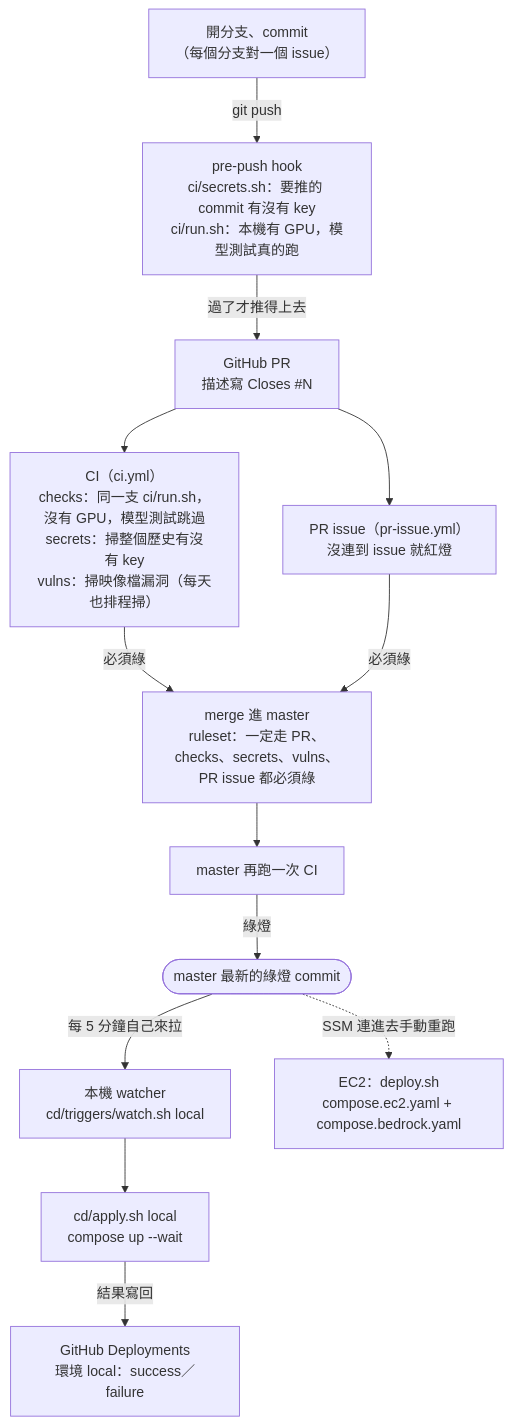
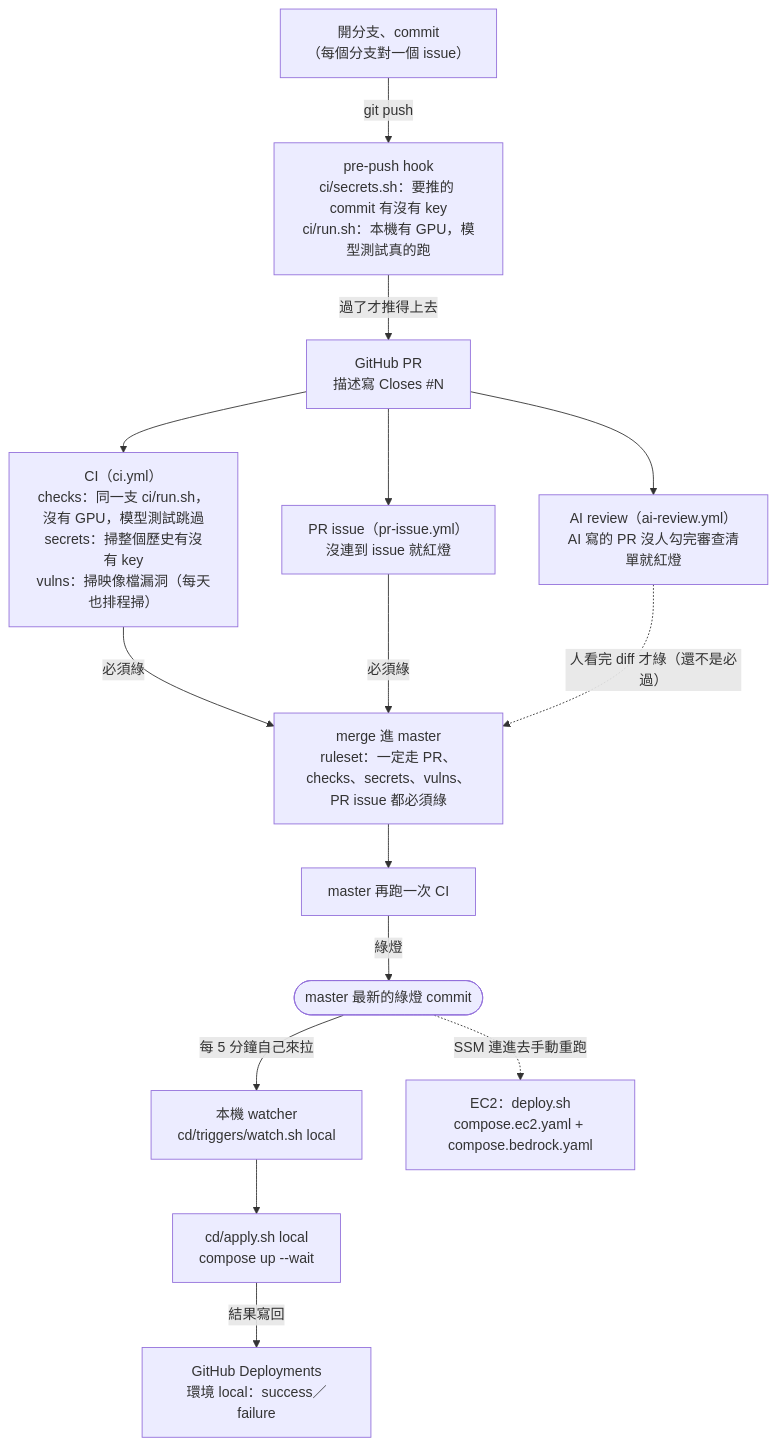
One commit to Anderson-chen/talkcal changed the fifth of 5 diagrams in docs/architecture.md. Above: the diagram before and after it, drawn with Mermaid. The commit also changed other lines of this file and 2 other files, not shown here.

Commit message:
[docs] AI 改動的審查流程、理由和現況證據（#28）
docs/ai-review.md：流程、清單每項防什麼、改之前的缺口（44 個已合併 PR 沒有審查紀錄，#128 為例）、
2026 年業界做法、為什麼用 label 而不是 AI 署名、擋不住什麼、建議把 ai-review 設成必過。
CLAUDE.md 加規則：AI 開 PR 加 label、清單一格都不准勾。docs/architecture.md 的 CI/CD 圖和關卡表加上這一關。

````diff
--- a/docs/architecture.md
+++ b/docs/architecture.md
@@ -94,15 +94,17 @@
 ```mermaid
 flowchart TB
     dev["開分支、commit<br/>（每個分支對一個 issue）"] -->|"git push"| hook["pre-push hook<br/>ci/secrets.sh：要推的 commit 有沒有 key<br/>ci/run.sh：本機有 GPU，模型測試真的跑"]
     hook -->|"過了才推得上去"| pr["GitHub PR<br/>描述寫 Closes #N"]
     pr --> ci["CI（ci.yml）<br/>checks：同一支 ci/run.sh，沒有 GPU，模型測試跳過<br/>secrets：掃整個歷史有沒有 key<br/>vulns：掃映像檔漏洞（每天也排程掃）"]
     pr --> prissue["PR issue（pr-issue.yml）<br/>沒連到 issue 就紅燈"]
+    pr --> aireview["AI review（ai-review.yml）<br/>AI 寫的 PR 沒人勾完審查清單就紅燈"]
     ci -->|"必須綠"| merge["merge 進 master<br/>ruleset：一定走 PR、checks、secrets、vulns、PR issue 都必須綠"]
     prissue -->|"必須綠"| merge
+    aireview -.->|"人看完 diff 才綠（還不是必過）"| merge
     merge --> masterci["master 再跑一次 CI"]
     masterci -->|"綠燈"| green(["master 最新的綠燈 commit"])
     green -->|"每 5 分鐘自己來拉"| watch["本機 watcher<br/>cd/triggers/watch.sh local"]
     watch --> applyl["cd/apply.sh local<br/>compose up --wait"]
     applyl -->|"結果寫回"| deployments["GitHub Deployments<br/>環境 local：success／failure"]
     green -.->|"SSM 連進去手動重跑"| ec2["EC2：deploy.sh<br/>compose.ec2.yaml + compose.bedrock.yaml"]
 ```
````
